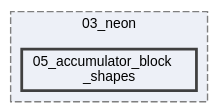
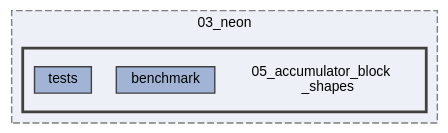
The diagram in dir_3574dc578a2032e7bffd7af1f5b71dbd_dep.dot (Shad00Z/machine-learning-compilers), drawn with Graphviz before and after one commit. The commit also changed 30 other files, not shown here.

```diff
--- a/dir_3574dc578a2032e7bffd7af1f5b71dbd_dep.dot
+++ b/dir_3574dc578a2032e7bffd7af1f5b71dbd_dep.dot
@@ -1,12 +1,17 @@
 digraph "/home/runner/work/machine-learning-compilers/machine-learning-compilers/src/submissions/03_neon/05_accumulator_block_shapes"
 {
  // LATEX_PDF_SIZE
   bgcolor="transparent";
   edge [fontname=Helvetica,fontsize=10,labelfontname=Helvetica,labelfontsize=10];
   node [fontname=Helvetica,fontsize=10,shape=box,height=0.2,width=0.4];
   compound=true
   subgraph clusterdir_b2c563f7bf427f5a0c17c9a95cb1f2fd {
     graph [ bgcolor="#edf0f7", pencolor="grey50", label="03_neon", fontname=Helvetica,fontsize=10 style="filled,dashed", URL="dir_b2c563f7bf427f5a0c17c9a95cb1f2fd.html",tooltip=""]
-  dir_3574dc578a2032e7bffd7af1f5b71dbd [label="05_accumulator_block\l_shapes", fillcolor="#edf0f7", color="grey25", style="filled,bold", URL="dir_3574dc578a2032e7bffd7af1f5b71dbd.html",tooltip=""];
+  subgraph clusterdir_3574dc578a2032e7bffd7af1f5b71dbd {
+    graph [ bgcolor="#edf0f7", pencolor="grey25", label="", fontname=Helvetica,fontsize=10 style="filled,bold", URL="dir_3574dc578a2032e7bffd7af1f5b71dbd.html",tooltip=""]
+    dir_3574dc578a2032e7bffd7af1f5b71dbd [shape=plaintext, label="05_accumulator_block\l_shapes"];
+  dir_b0dce357a3b74f0d7759fd6d8e47b00f [label="benchmark", fillcolor="#a2b4d6", color="grey25", style="filled", URL="dir_b0dce357a3b74f0d7759fd6d8e47b00f.html",tooltip=""];
+  dir_2071c85ace141aacd88cf8e95975aeb0 [label="tests", fillcolor="#a2b4d6", color="grey25", style="filled", URL="dir_2071c85ace141aacd88cf8e95975aeb0.html",tooltip=""];
+  }
   }
 }
```
